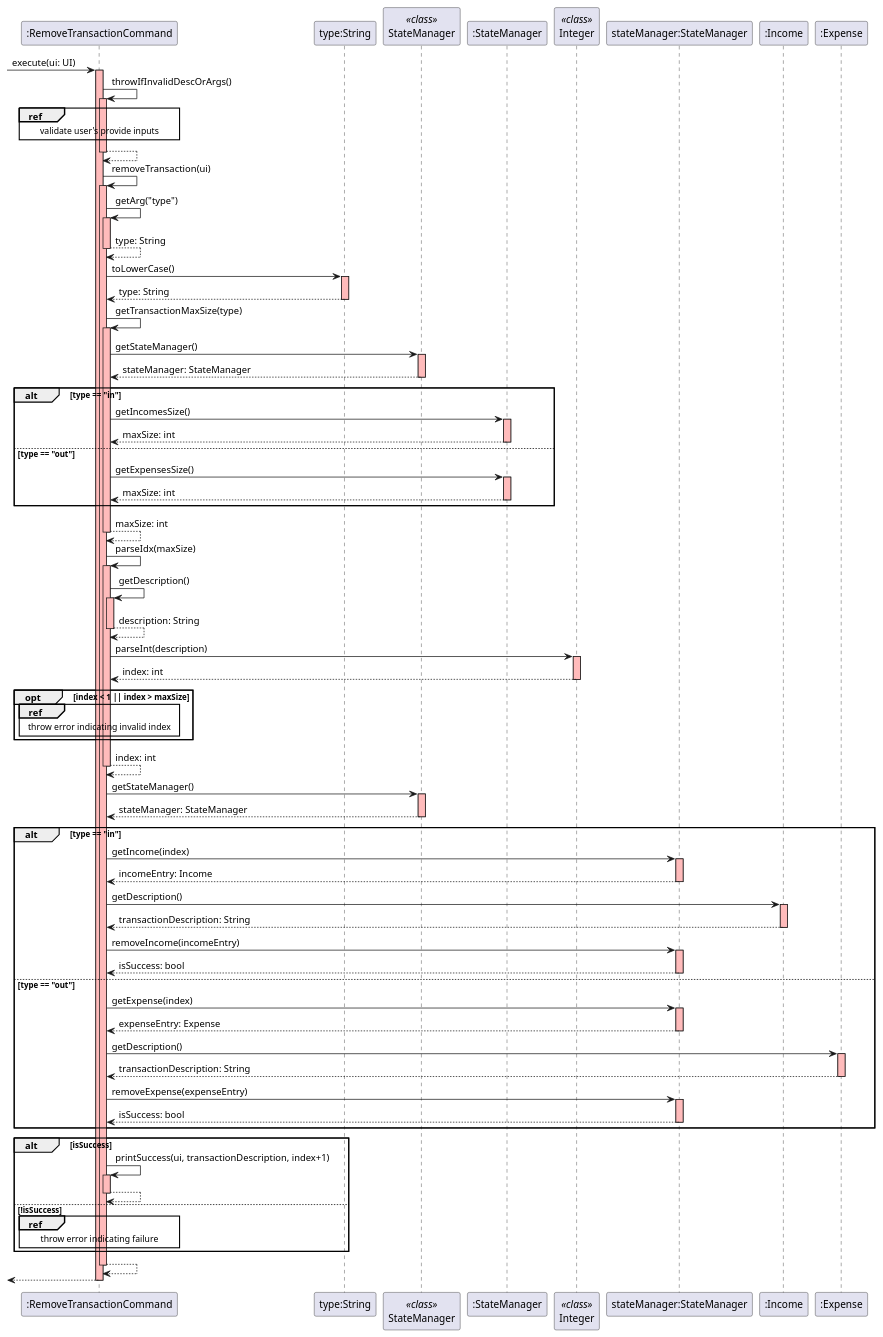
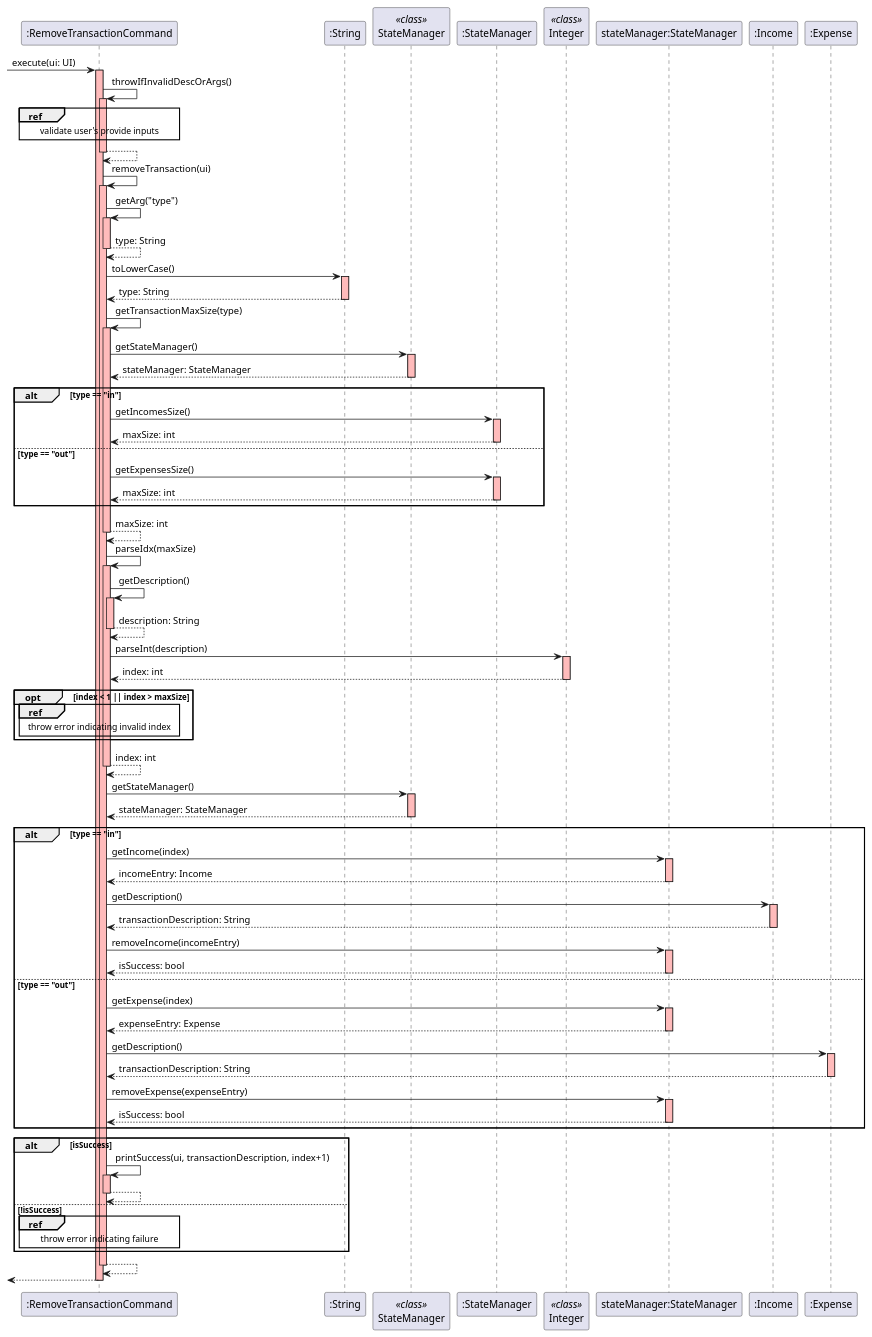
The diagram in docs/diagrams/delete-transaction-feature-sequence.puml (sRanay/tp), drawn with PlantUML before and after one commit. The commit also changed 1 other file, not shown here.

```diff
--- a/docs/diagrams/delete-transaction-feature-sequence.puml
+++ b/docs/diagrams/delete-transaction-feature-sequence.puml
@@ -1,107 +1,107 @@
 @startuml
 -> ":RemoveTransactionCommand": execute(ui: UI)
 activate ":RemoveTransactionCommand" #FFBBBB
 
 ":RemoveTransactionCommand" -> ":RemoveTransactionCommand": throwIfInvalidDescOrArgs()
 activate ":RemoveTransactionCommand" #FFBBBB
 ref over ":RemoveTransactionCommand": validate user's provide inputs
 ":RemoveTransactionCommand" --> ":RemoveTransactionCommand"
 deactivate
 
 ":RemoveTransactionCommand" -> ":RemoveTransactionCommand": removeTransaction(ui)
 activate ":RemoveTransactionCommand" #FFBBBB
 ":RemoveTransactionCommand" -> ":RemoveTransactionCommand": getArg("type")
 activate ":RemoveTransactionCommand" #FFBBBB
 ":RemoveTransactionCommand" --> ":RemoveTransactionCommand": type: String
 deactivate
-":RemoveTransactionCommand" -> "type:String": toLowerCase()
-activate "type:String" #FFBBBB
-"type:String" --> ":RemoveTransactionCommand": type: String
+":RemoveTransactionCommand" -> ":String": toLowerCase()
+activate ":String" #FFBBBB
+":String" --> ":RemoveTransactionCommand": type: String
 deactivate
 
 ":RemoveTransactionCommand" -> ":RemoveTransactionCommand": getTransactionMaxSize(type)
 activate ":RemoveTransactionCommand" #FFBBBB
 participant StateManager <<class>>
 ":RemoveTransactionCommand" -> "StateManager": getStateManager()
 activate "StateManager" #FFBBBB
 "StateManager" --> ":RemoveTransactionCommand": stateManager: StateManager
 deactivate
 alt type == "in"
     ":RemoveTransactionCommand" -> ":StateManager": getIncomesSize()
     activate ":StateManager" #FFBBBB
     ":StateManager" --> ":RemoveTransactionCommand": maxSize: int
     deactivate
 else type == "out"
     ":RemoveTransactionCommand" -> ":StateManager": getExpensesSize()
     activate ":StateManager" #FFBBBB
     ":StateManager" --> ":RemoveTransactionCommand": maxSize: int
     deactivate
 end
 ":RemoveTransactionCommand" --> ":RemoveTransactionCommand": maxSize: int
 deactivate
 
 ":RemoveTransactionCommand" -> ":RemoveTransactionCommand": parseIdx(maxSize)
 activate ":RemoveTransactionCommand" #FFBBBB
 participant Integer <<class>>
 ":RemoveTransactionCommand" -> ":RemoveTransactionCommand": getDescription()
 activate ":RemoveTransactionCommand" #FFBBBB
 ":RemoveTransactionCommand" --> ":RemoveTransactionCommand": description: String
 deactivate
 ":RemoveTransactionCommand" -> "Integer": parseInt(description)
 activate "Integer" #FFBBBB
 "Integer" --> ":RemoveTransactionCommand": index: int
 deactivate
 opt index < 1 || index > maxSize
     ref over ":RemoveTransactionCommand": throw error indicating invalid index
 end
 ":RemoveTransactionCommand" --> ":RemoveTransactionCommand": index: int
 deactivate
 
 ":RemoveTransactionCommand" -> "StateManager": getStateManager()
 activate "StateManager" #FFBBBB
 "StateManager" --> ":RemoveTransactionCommand": stateManager: StateManager
 deactivate
 
 alt type == "in"
     ":RemoveTransactionCommand" -> "stateManager:StateManager": getIncome(index)
     activate "stateManager:StateManager" #FFBBBB
     "stateManager:StateManager" --> ":RemoveTransactionCommand": incomeEntry: Income
     deactivate
     ":RemoveTransactionCommand" -> ":Income": getDescription()
     activate ":Income" #FFBBBB
     ":Income" --> ":RemoveTransactionCommand": transactionDescription: String
     deactivate
     ":RemoveTransactionCommand" -> "stateManager:StateManager": removeIncome(incomeEntry)
     activate "stateManager:StateManager" #FFBBBB
     "stateManager:StateManager" --> ":RemoveTransactionCommand": isSuccess: bool
     deactivate
 else type == "out"
     ":RemoveTransactionCommand" -> "stateManager:StateManager": getExpense(index)
     activate "stateManager:StateManager" #FFBBBB
     "stateManager:StateManager" --> ":RemoveTransactionCommand": expenseEntry: Expense
     deactivate
     ":RemoveTransactionCommand" -> ":Expense": getDescription()
     activate ":Expense" #FFBBBB
     ":Expense" --> ":RemoveTransactionCommand": transactionDescription: String
     deactivate
     ":RemoveTransactionCommand" -> "stateManager:StateManager": removeExpense(expenseEntry)
     activate "stateManager:StateManager" #FFBBBB
     "stateManager:StateManager" --> ":RemoveTransactionCommand": isSuccess: bool
     deactivate
 end
 
 alt isSuccess
     ":RemoveTransactionCommand" -> ":RemoveTransactionCommand": printSuccess(ui, transactionDescription, index+1)
     activate ":RemoveTransactionCommand" #FFBBBB
     ":RemoveTransactionCommand" --> ":RemoveTransactionCommand"
     deactivate
 else !isSuccess
     ref over ":RemoveTransactionCommand": throw error indicating failure
 end
 
 ":RemoveTransactionCommand" --> ":RemoveTransactionCommand"
 deactivate
 
 <-- ":RemoveTransactionCommand"
 deactivate
 @enduml
```
